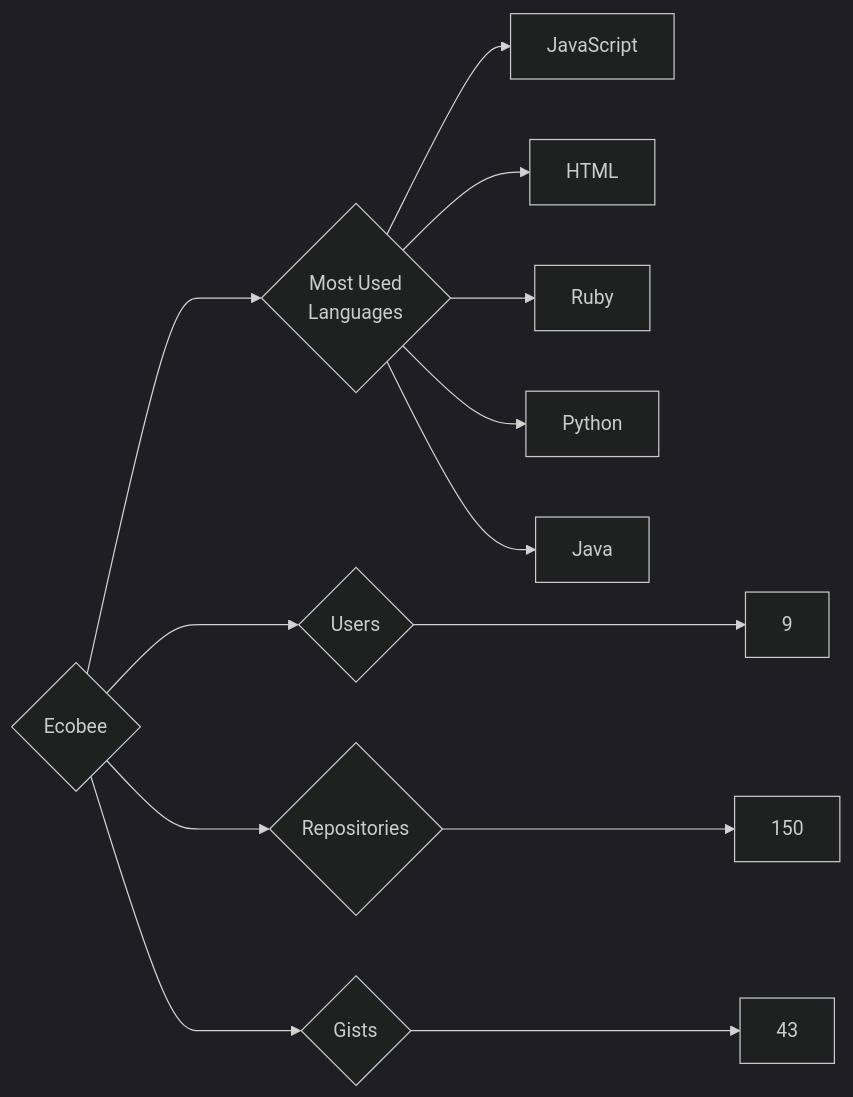
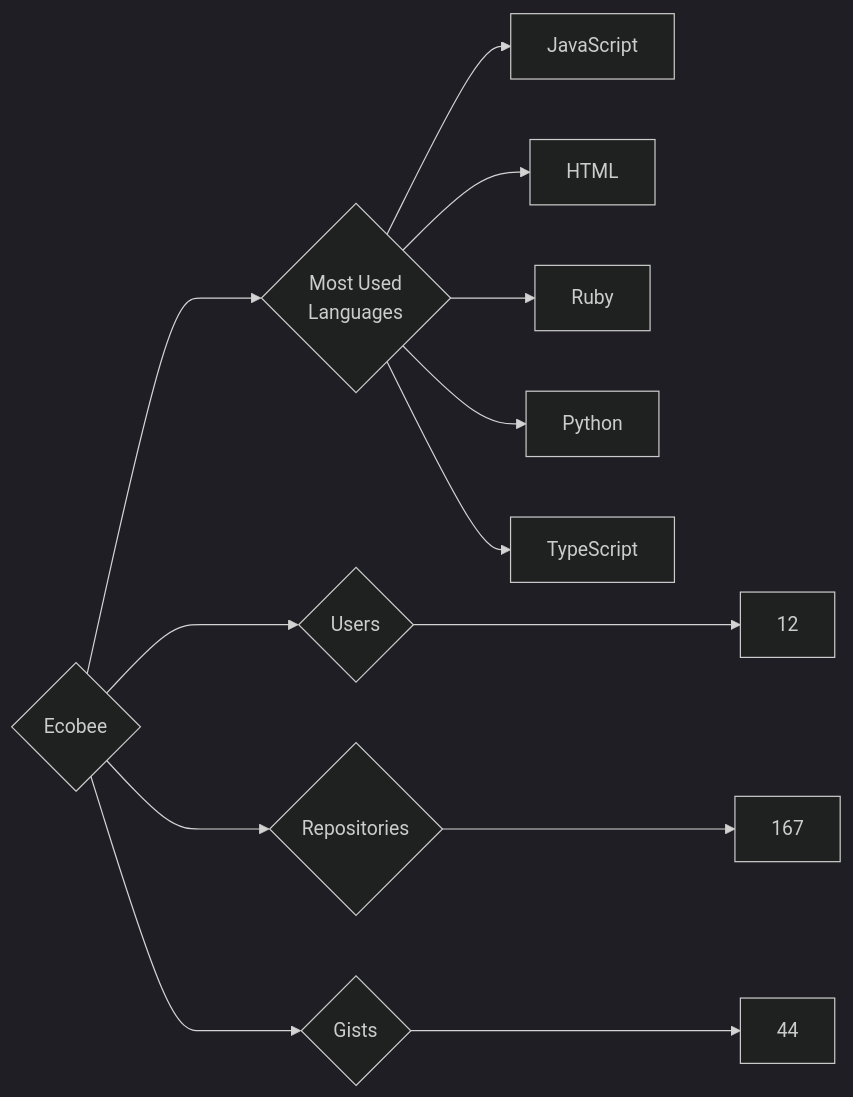
One commit to trickest/insiders changed the diagram in targets/Ecobee/README.md. Above: the diagram before and after it, drawn with Mermaid (dark theme). The commit also changed 1238 other files, not shown here.

````diff
--- a/targets/Ecobee/README.md
+++ b/targets/Ecobee/README.md
@@ -3,13 +3,13 @@
 ```mermaid
 graph LR
 COMPANY_NAME{Ecobee}
-COMPANY_NAME ---> U{Users} ---> UN[9]
-COMPANY_NAME ---> R{Repositories} ---> RN[150]
-COMPANY_NAME ---> G{Gists} ---> GN[43]
+COMPANY_NAME ---> U{Users} ---> UN[12]
+COMPANY_NAME ---> R{Repositories} ---> RN[167]
+COMPANY_NAME ---> G{Gists} ---> GN[44]
 COMPANY_NAME ---> ML{Most Used<br>Languages}
 ML --> JavaScript[JavaScript]
 ML --> HTML[HTML]
 ML --> Ruby[Ruby]
 ML --> Python[Python]
-ML --> Java[Java]
+ML --> TypeScript[TypeScript]
 ```
````
